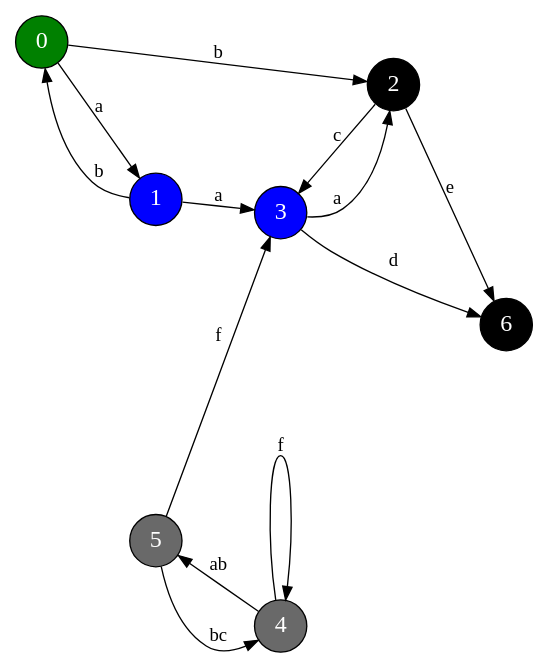
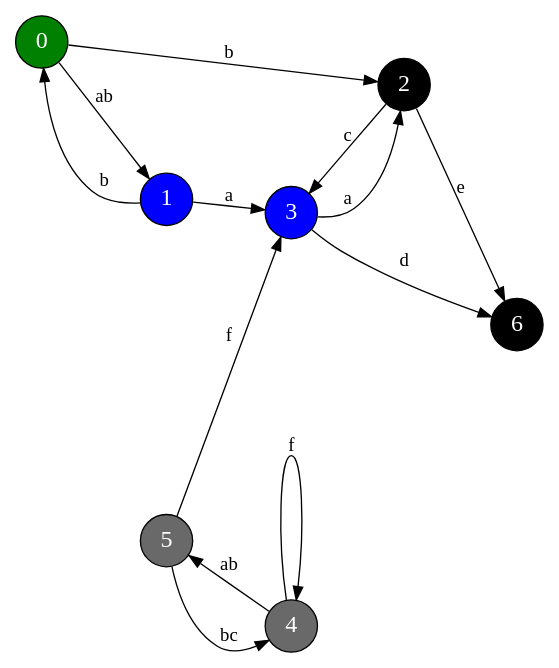
One commit to HeriniavoFaly/Automate changed the diagram in automate.dot. Above: the diagram before and after it, drawn with Graphviz. The commit also changed 10 other files, not shown here.

```diff
--- a/automate.dot
+++ b/automate.dot
@@ -1,22 +1,22 @@
 digraph{
 	nodesep="1.5"
 	rankdir=LR
 	node[shape=circle, fontsize=18 style=filled, fontcolor=white, color=black]
-	0->1[label="a"]
+	0->1[label="ab"]
 	0->2[label="b"]
 	1->0[label="b"]
 	1->3[label="a"]
 	2->3[label="c"]
 	3->2[label="a"]
 	5->3[label="f"]
 	4->5[label="ab"]
 	5->4[label="bc"]
 	4->4[label="f"]
 	3->6[label="d"]
 	2->6[label="e"]
 	0[fillcolor="webgreen"]
 	1[fillcolor="blue"]
 	3[fillcolor="blue"]
 	5[fillcolor="dimgray"]
 	4[fillcolor="dimgray"]
 }
```
